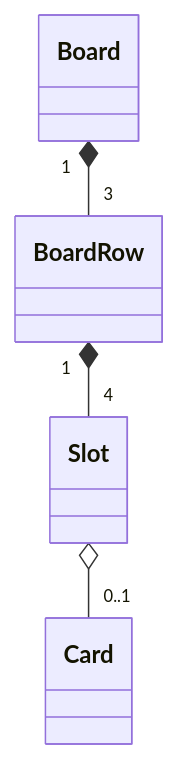
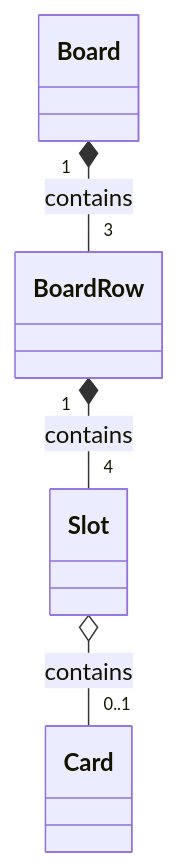
The diagram in docs/Design di dettaglio/board.md (GiuseppeGambacorta/PPS-25-SCRYPTION), drawn with Mermaid before and after one commit.

Commit message:
new board

```diff
--- a/docs/Design di dettaglio/board.md
+++ b/docs/Design di dettaglio/board.md
@@ -12,20 +12,13 @@
 <pre class="mermaid">
 classDiagram
     direction TB
 
-    class Board {
-    }
+    class Board
+    class BoardRow
+    class Slot
+    class Card
 
-    class BoardRow {
-    }
-
-    class Slot {
-    }
-
-    class Card {
-    }
-
-    Board "1" *-- "3" BoardRow
-    BoardRow "1" *-- "4" Slot
-    Slot o-- "0..1" Card
+    Board "1" *-- "3" BoardRow : contains
+    BoardRow "1" *-- "4" Slot : contains
+    Slot o-- "0..1" Card : contains
 </pre>
```
